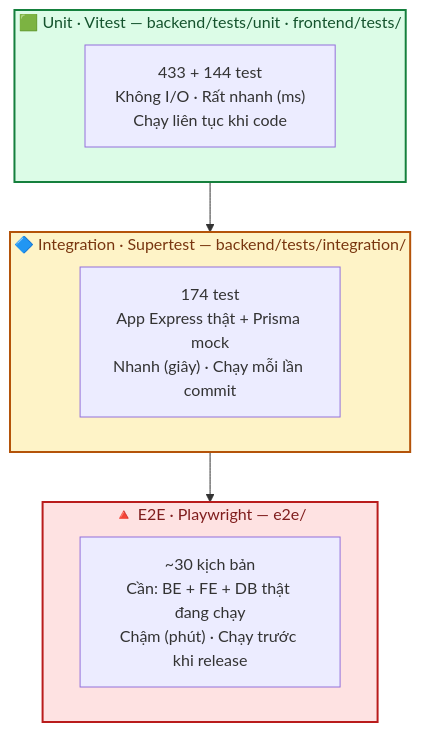
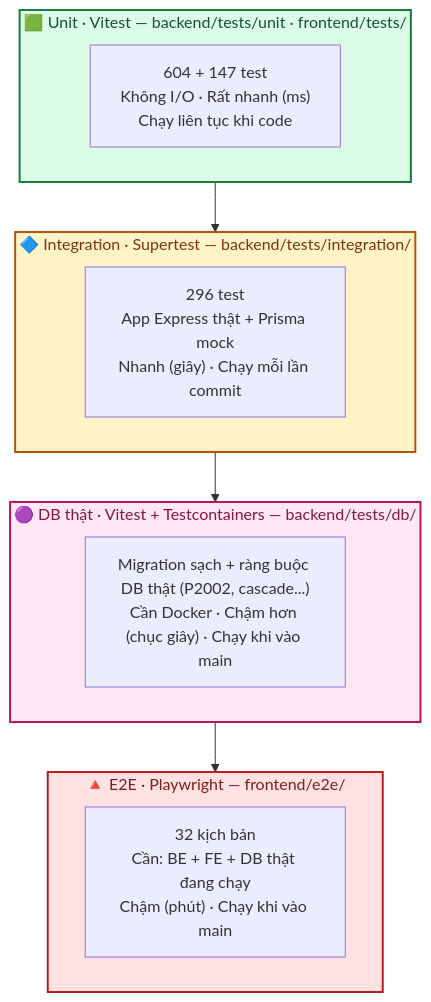
One commit to Hungvu0712/FLOWER changed the first of 4 diagrams in docs/08-kiem-thu.md. Above: the diagram before and after it, drawn with Mermaid. The commit also changed other lines of this file and 10 other files, not shown here.

````diff
--- a/docs/08-kiem-thu.md
+++ b/docs/08-kiem-thu.md
@@ -12,18 +12,22 @@
 ```mermaid
 flowchart TD
-    subgraph E2E["🔺 E2E · Playwright — e2e/"]
-        E["~30 kịch bản<br/>Cần: BE + FE + DB thật đang chạy<br/>Chậm (phút) · Chạy trước khi release"]
+    subgraph E2E["🔺 E2E · Playwright — frontend/e2e/"]
+        E["32 kịch bản<br/>Cần: BE + FE + DB thật đang chạy<br/>Chậm (phút) · Chạy khi vào main"]
+    end
+    subgraph DBINT["🟣 DB thật · Vitest + Testcontainers — backend/tests/db/"]
+        D["Migration sạch + ràng buộc DB thật (P2002, cascade...)<br/>Cần Docker · Chậm hơn (chục giây) · Chạy khi vào main"]
     end
     subgraph INT["🔷 Integration · Supertest — backend/tests/integration/"]
-        I["174 test<br/>App Express thật + Prisma mock<br/>Nhanh (giây) · Chạy mỗi lần commit"]
+        I["296 test<br/>App Express thật + Prisma mock<br/>Nhanh (giây) · Chạy mỗi lần commit"]
     end
     subgraph UNIT["🟩 Unit · Vitest — backend/tests/unit · frontend/tests/"]
-        U["433 + 144 test<br/>Không I/O · Rất nhanh (ms)<br/>Chạy liên tục khi code"]
+        U["604 + 147 test<br/>Không I/O · Rất nhanh (ms)<br/>Chạy liên tục khi code"]
     end
 
-    UNIT --> INT --> E2E
+    UNIT --> INT --> DBINT --> E2E
 
     style E2E fill:#fee2e2,stroke:#b91c1c,stroke-width:2px,color:#7f1d1d
+    style DBINT fill:#fce7f3,stroke:#be185d,stroke-width:2px,color:#831843
     style INT fill:#fef3c7,stroke:#b45309,stroke-width:2px,color:#78350f
     style UNIT fill:#dcfce7,stroke:#15803d,stroke-width:2px,color:#14532d
 ```
````
